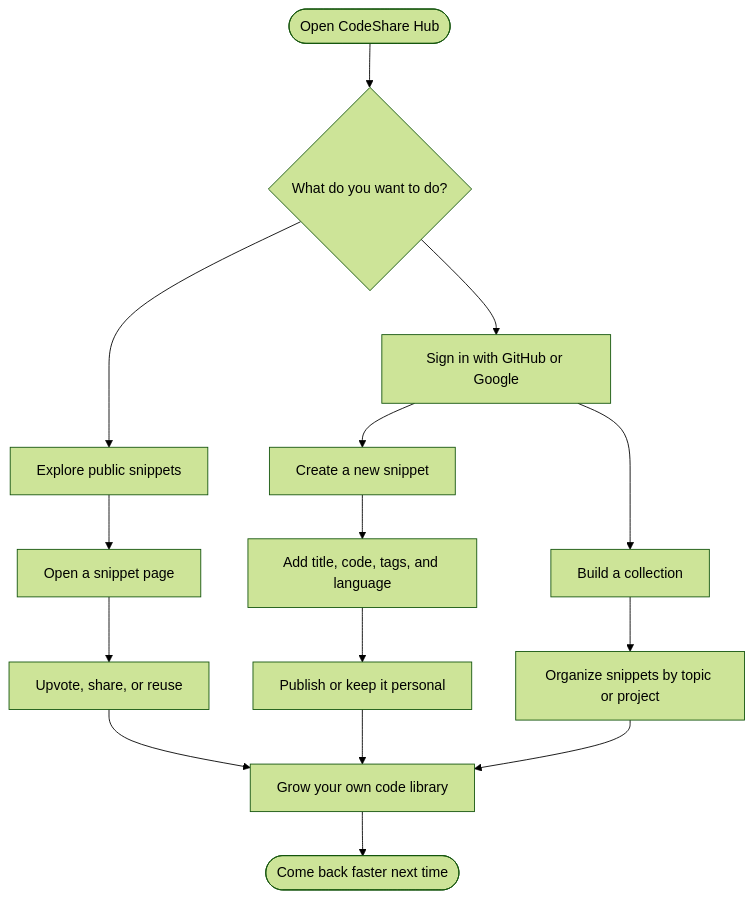
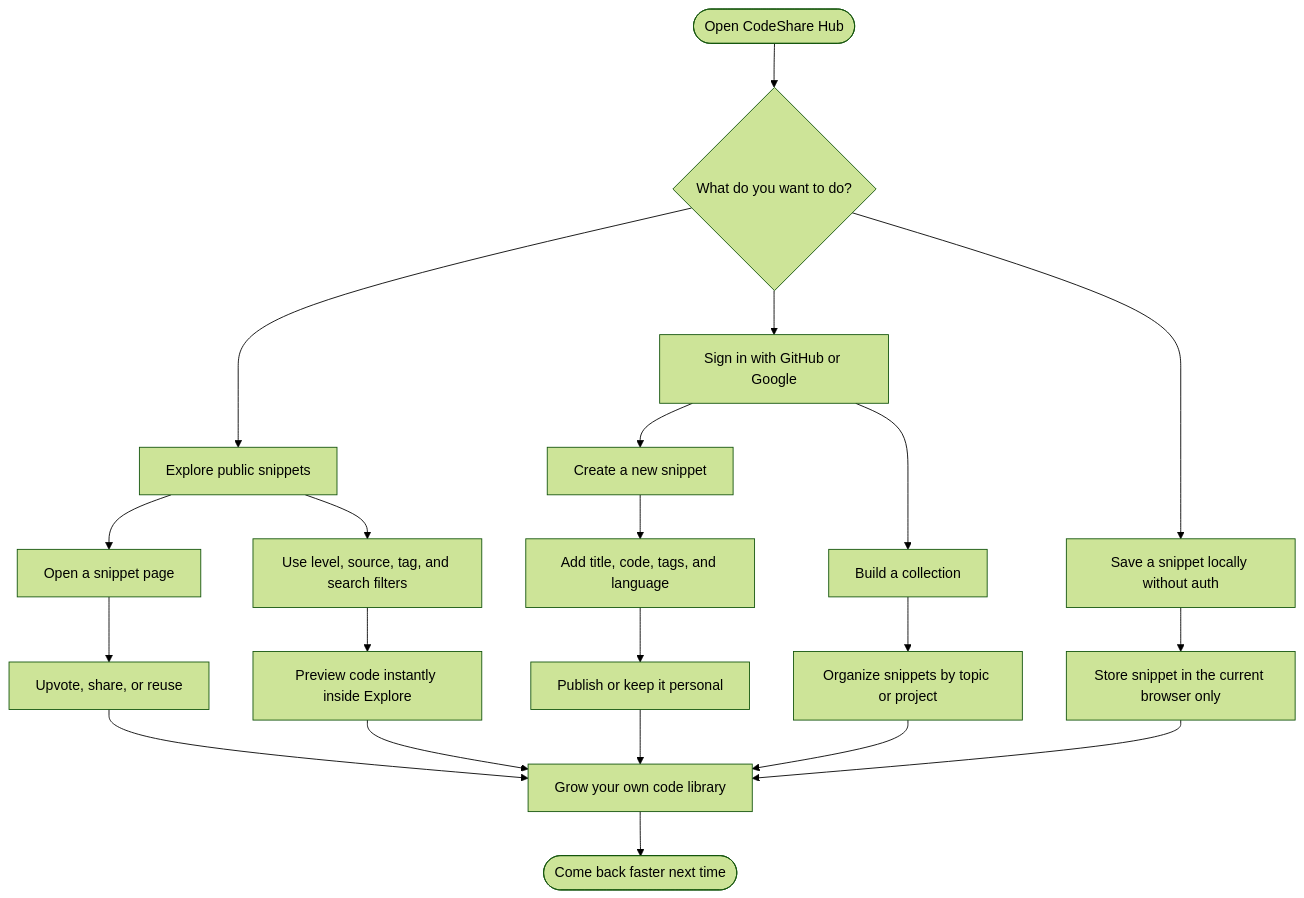
Before and after one commit to aniruddhaadak80/codeshare-hub: the diagram in README.md, drawn with Mermaid (forest theme). The commit also changed other lines of this file and 10 other files, not shown here.

````diff
--- a/README.md
+++ b/README.md
@@ -45,17 +46,23 @@
 ```mermaid
 flowchart TD
     A([Open CodeShare Hub]) --> B{What do you want to do?}
     B --> C[Explore public snippets]
     B --> D[Sign in with GitHub or Google]
+    B --> N[Save a snippet locally without auth]
     D --> E[Create a new snippet]
     D --> F[Build a collection]
     C --> G[Open a snippet page]
+    C --> O[Use level, source, tag, and search filters]
     E --> H[Add title, code, tags, and language]
     H --> I[Publish or keep it personal]
+    N --> P[Store snippet in the current browser only]
+    O --> Q[Preview code instantly inside Explore]
     G --> J[Upvote, share, or reuse]
     F --> K[Organize snippets by topic or project]
     I --> L[Grow your own code library]
+    P --> L
+    Q --> L
     J --> L
     K --> L
     L --> M([Come back faster next time])
 ```
````
